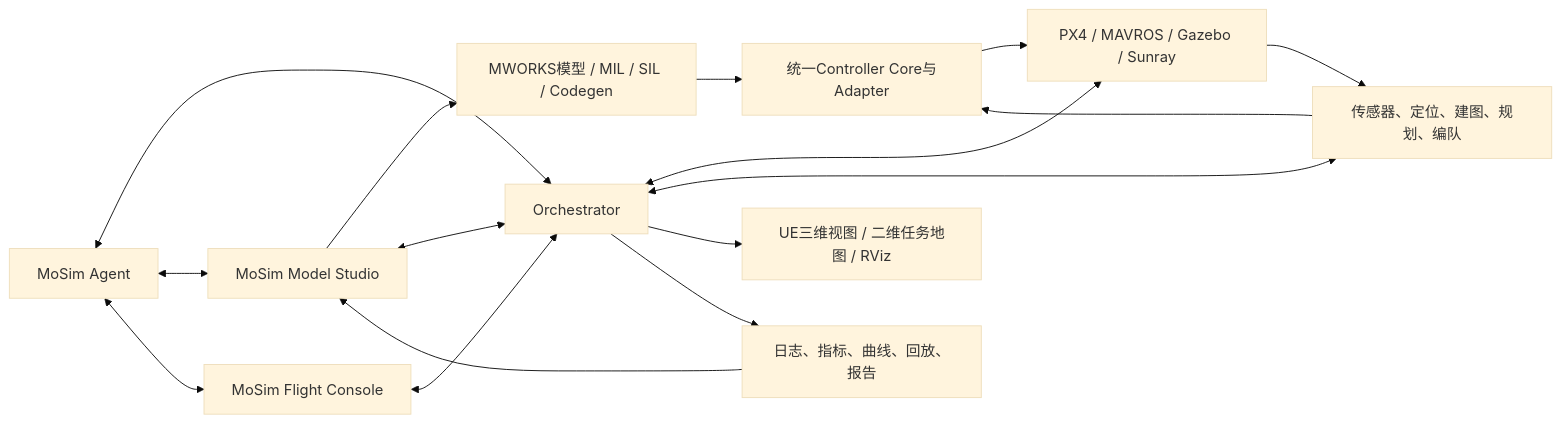
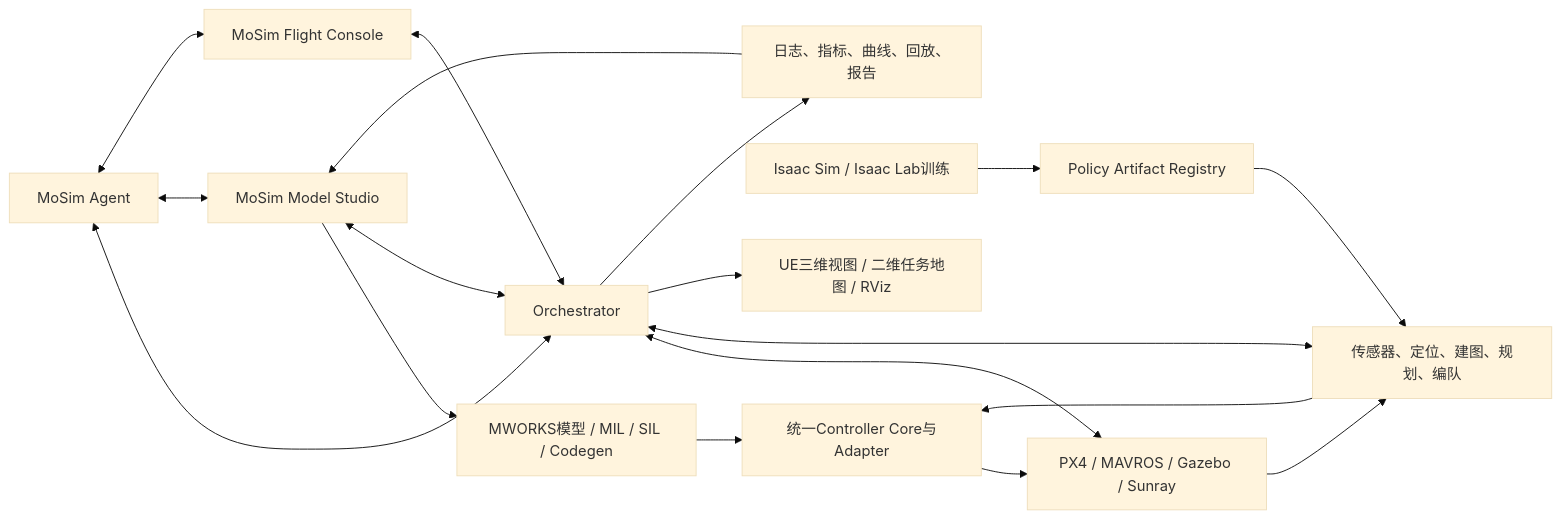
One commit to lzy18001500226/MoSim changed the diagram in Docs/Design/MoSim大系统介绍.md. Above: the diagram before and after it, drawn with Mermaid (base theme). The commit also changed other lines of this file and 3 other files, not shown here.

````diff
--- a/Docs/Design/MoSim大系统介绍.md
+++ b/Docs/Design/MoSim大系统介绍.md
@@ -48,18 +48,20 @@
 ```mermaid
 flowchart LR
   A["MoSim Model Studio"] --> B["MWORKS模型 / MIL / SIL / Codegen"]
   B --> C["统一Controller Core与Adapter"]
   C --> D["PX4 / MAVROS / Gazebo / Sunray"]
   D --> E["传感器、定位、建图、规划、编队"]
   E --> C
+  K["Isaac Sim / Isaac Lab训练"] --> L["Policy Artifact Registry"]
+  L --> E
   F["MoSim Flight Console"] <--> G["Orchestrator"]
   A <--> G
   G <--> D
   G <--> E
   G --> H["UE三维视图 / 二维任务地图 / RViz"]
   G --> I["日志、指标、曲线、回放、报告"]
   J["MoSim Agent"] <--> G
   J <--> A
   J <--> F
   I --> A
 ```
````
